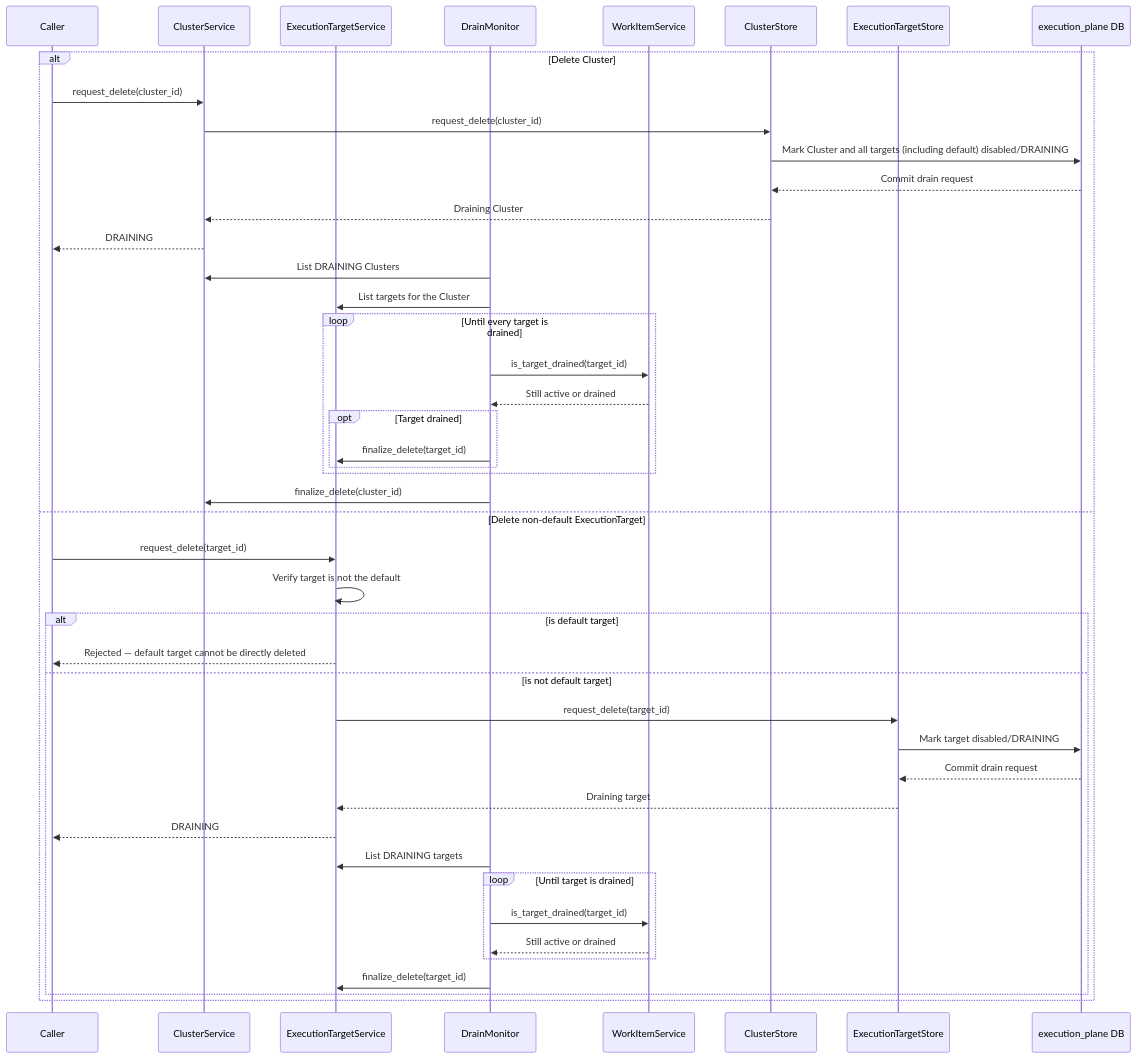
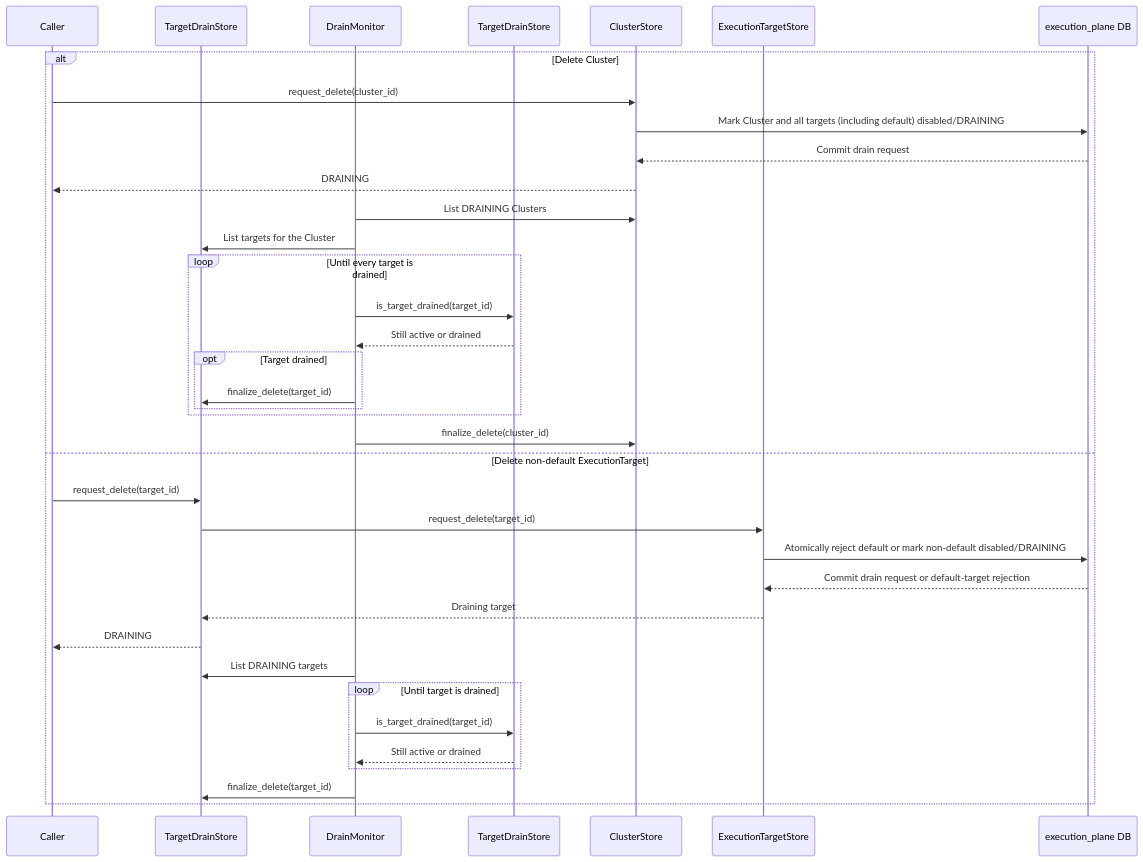
One commit to AlanCoding/syntara-execution-plane changed the fourth of 5 diagrams in docs/cluster-and-target-services.md. Above: the diagram before and after it, drawn with Mermaid. The commit also changed other lines of this file and 49 other files, not shown here.

````diff
--- a/docs/cluster-and-target-services.md
+++ b/docs/cluster-and-target-services.md
@@ -308,48 +308,40 @@
 ```mermaid
 sequenceDiagram
     participant C as Caller
-    participant CR as ClusterService
-    participant TR as ExecutionTargetService
+    participant TR as TargetDrainStore
     participant DM as DrainMonitor
-    participant WR as WorkItemService
+    participant WR as TargetDrainStore
     participant CS as ClusterStore
     participant TS as ExecutionTargetStore
     participant DB as execution_plane DB
 
     alt Delete Cluster
-        C->>CR: request_delete(cluster_id)
-        CR->>CS: request_delete(cluster_id)
+        C->>CS: request_delete(cluster_id)
         CS->>DB: Mark Cluster and all targets (including default) disabled/DRAINING
         DB-->>CS: Commit drain request
-        CS-->>CR: Draining Cluster
-        CR-->>C: DRAINING
-        DM->>CR: List DRAINING Clusters
+        CS-->>C: DRAINING
+        DM->>CS: List DRAINING Clusters
         DM->>TR: List targets for the Cluster
         loop Until every target is drained
             DM->>WR: is_target_drained(target_id)
             WR-->>DM: Still active or drained
             opt Target drained
                 DM->>TR: finalize_delete(target_id)
             end
         end
-        DM->>CR: finalize_delete(cluster_id)
+        DM->>CS: finalize_delete(cluster_id)
     else Delete non-default ExecutionTarget
         C->>TR: request_delete(target_id)
-        TR->>TR: Verify target is not the default
-        alt is default target
-            TR-->>C: Rejected — default target cannot be directly deleted
-        else is not default target
-            TR->>TS: request_delete(target_id)
-            TS->>DB: Mark target disabled/DRAINING
-            DB-->>TS: Commit drain request
-            TS-->>TR: Draining target
-            TR-->>C: DRAINING
-            DM->>TR: List DRAINING targets
-            loop Until target is drained
-                DM->>WR: is_target_drained(target_id)
-                WR-->>DM: Still active or drained
-            end
-            DM->>TR: finalize_delete(target_id)
+        TR->>TS: request_delete(target_id)
+        TS->>DB: Atomically reject default or mark non-default disabled/DRAINING
+        DB-->>TS: Commit drain request or default-target rejection
+        TS-->>TR: Draining target
+        TR-->>C: DRAINING
+        DM->>TR: List DRAINING targets
+        loop Until target is drained
+            DM->>WR: is_target_drained(target_id)
+            WR-->>DM: Still active or drained
         end
+        DM->>TR: finalize_delete(target_id)
     end
 ```
````
